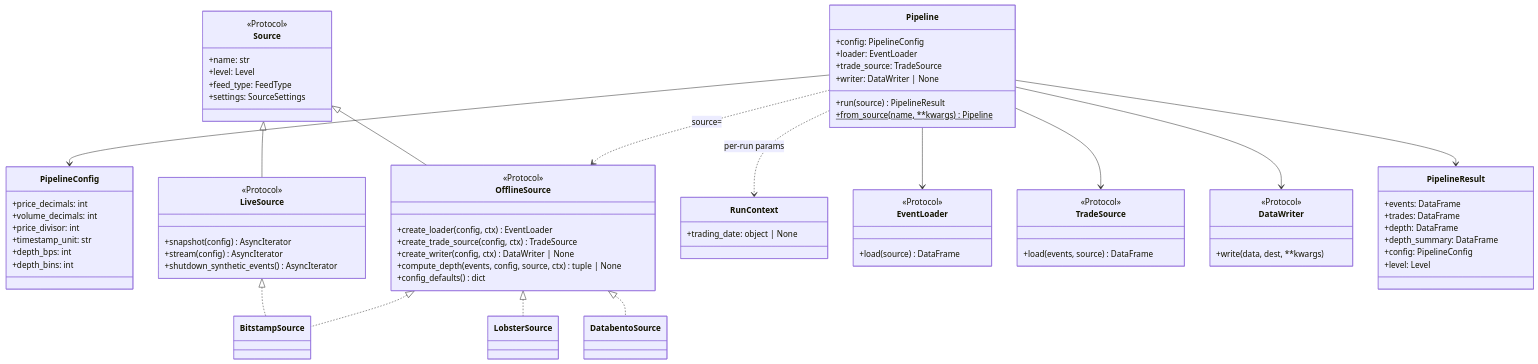
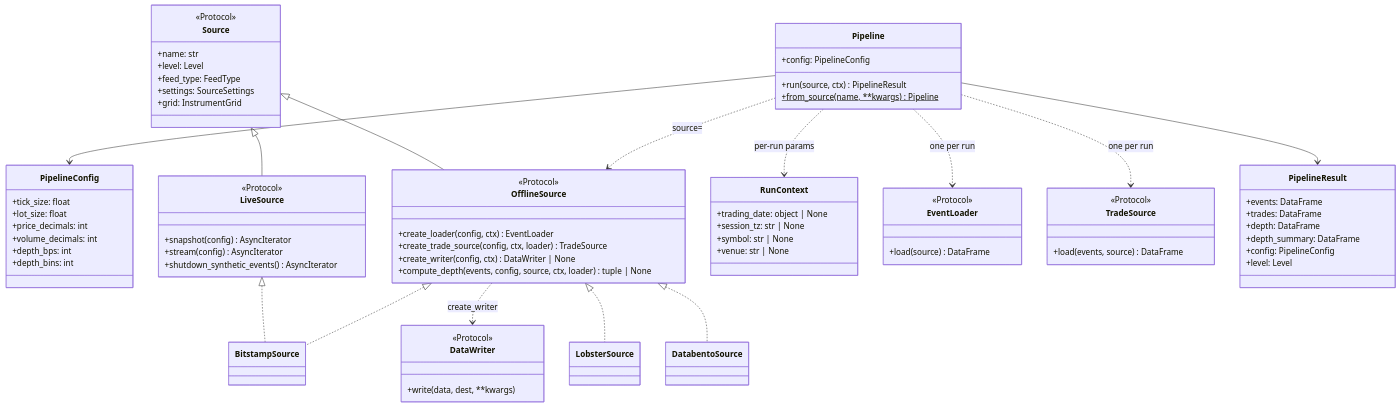
One commit to mczielinski/ob-analytics changed the diagram in ARCHITECTURE.md. Above: the diagram before and after it, drawn with Mermaid. The commit also changed other lines of this file and 35 other files, not shown here.

First line of the commit message:
Sources hold no per-run state; run(ctx=) reaches the loader (#348)

```diff
--- a/ARCHITECTURE.md
+++ b/ARCHITECTURE.md
@@ -106,18 +115,15 @@
 classDiagram
     class Pipeline {
         +config: PipelineConfig
-        +loader: EventLoader
-        +trade_source: TradeSource
-        +writer: DataWriter | None
-        +run(source) PipelineResult
+        +run(source, ctx) PipelineResult
         +from_source(name, **kwargs)$ Pipeline
     }
 
     class PipelineConfig {
+        +tick_size: float
+        +lot_size: float
         +price_decimals: int
         +volume_decimals: int
-        +price_divisor: int
-        +timestamp_unit: str
         +depth_bps: int
         +depth_bins: int
     }
@@ -128,14 +134,14 @@
         +level: Level
         +feed_type: FeedType
         +settings: SourceSettings
+        +grid: InstrumentGrid
     }
     class OfflineSource {
         <<Protocol>>
         +create_loader(config, ctx) EventLoader
-        +create_trade_source(config, ctx) TradeSource
+        +create_trade_source(config, ctx, loader) TradeSource
         +create_writer(config, ctx) DataWriter | None
-        +compute_depth(events, config, source, ctx) tuple | None
-        +config_defaults() dict
+        +compute_depth(events, config, source, ctx, loader) tuple | None
     }
     class LiveSource {
         <<Protocol>>
@@ -146,6 +152,9 @@
 
     class RunContext {
         +trading_date: object | None
+        +session_tz: str | None
+        +symbol: str | None
+        +venue: str | None
     }
 
     class BitstampSource
@@ -175,12 +184,12 @@
     }
 
     Pipeline --> PipelineConfig
-    Pipeline --> EventLoader
-    Pipeline --> TradeSource
-    Pipeline --> DataWriter
+    Pipeline ..> EventLoader : one per run
+    Pipeline ..> TradeSource : one per run
     Pipeline --> PipelineResult
     Pipeline ..> OfflineSource : source=
     Pipeline ..> RunContext : per-run params
+    OfflineSource ..> DataWriter : create_writer
     Source <|-- OfflineSource
     Source <|-- LiveSource
     OfflineSource <|.. BitstampSource
```
